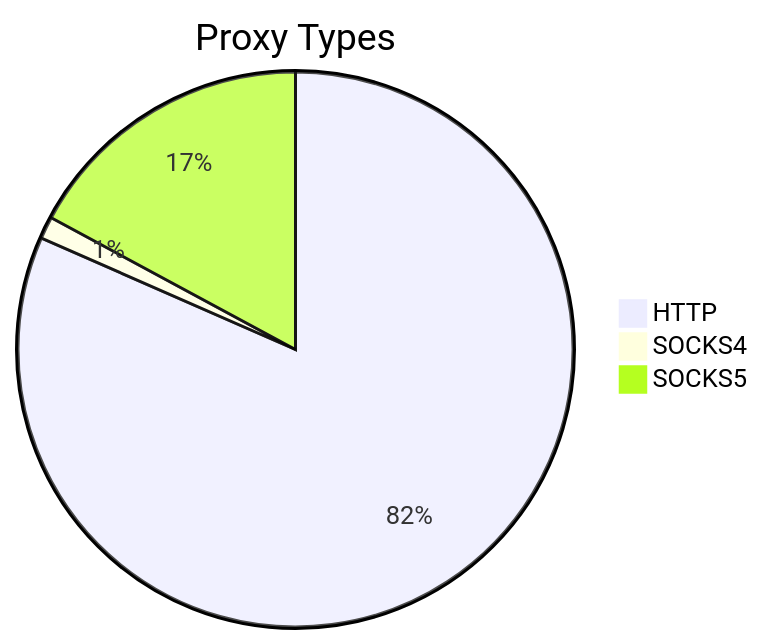
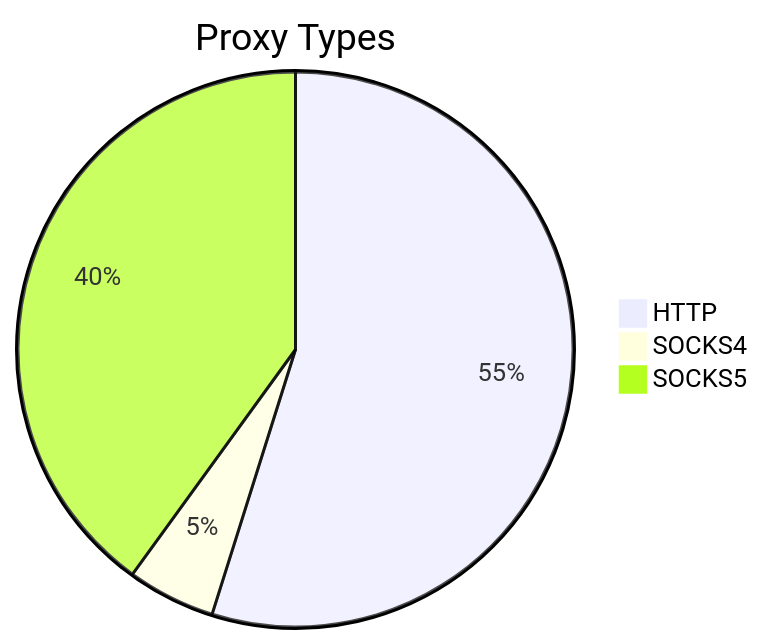
One commit to stormsia/proxy-list changed the first of 2 diagrams in README.md. Above: the diagram before and after it, drawn with Mermaid. The commit also changed other lines of this file, not shown here.

````diff
--- a/README.md
+++ b/README.md
@@ -21,6 +21,6 @@
 ```mermaid
 pie title Proxy Types
-    "HTTP" : 1448
-    "SOCKS4" : 23
-    "SOCKS5" : 304
+    "HTTP" : 1101
+    "SOCKS4" : 103
+    "SOCKS5" : 803
 ```
````
